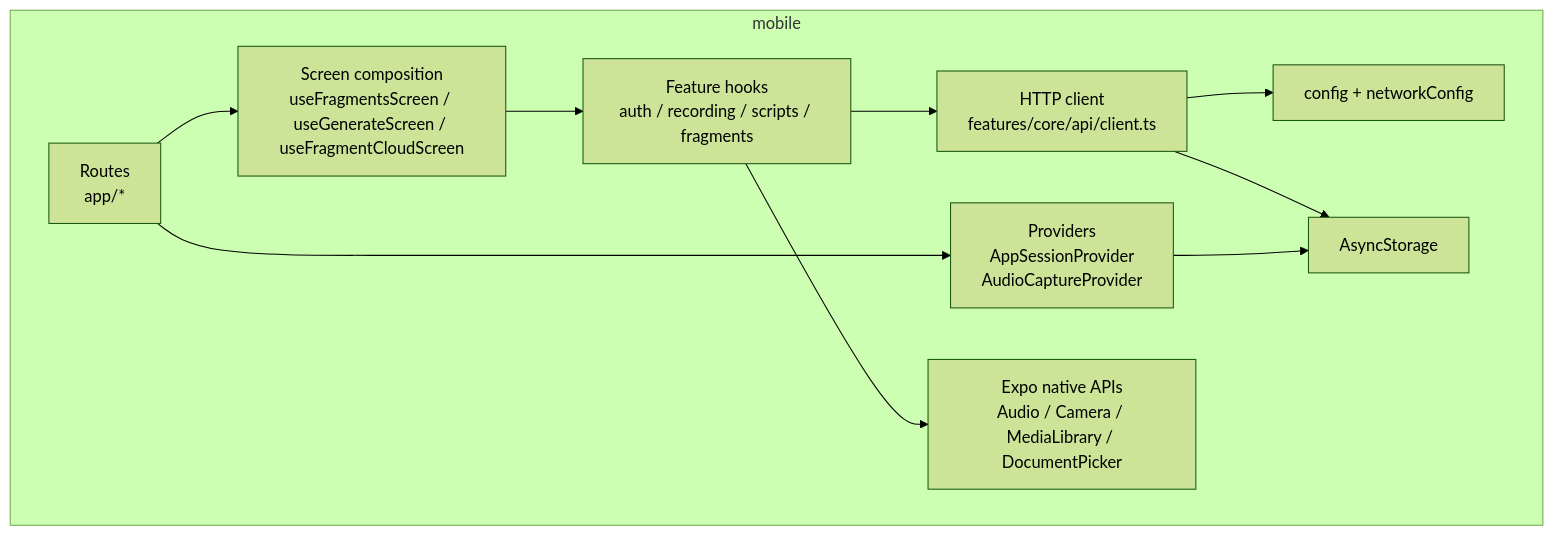
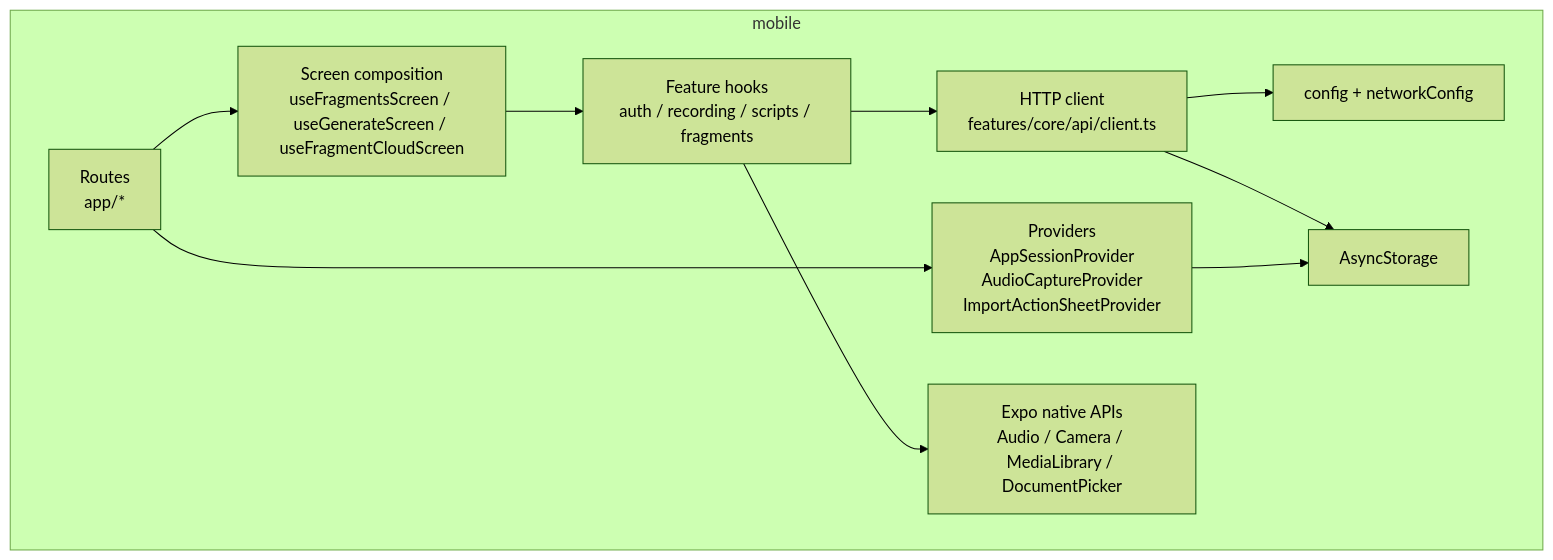
One commit to YCZA2/SparkFlow changed the second of 9 diagrams in memory-bank/architecture.md. Above: the diagram before and after it, drawn with Mermaid (forest theme). The commit also changed other lines of this file and 28 other files, not shown here.

````diff
--- a/memory-bank/architecture.md
+++ b/memory-bank/architecture.md
@@ -71,22 +72,22 @@
 ```mermaid
 flowchart TD
     subgraph Mobile["mobile"]
         R["Routes<br/>app/*"]
-        P["Providers<br/>AppSessionProvider<br/>AudioCaptureProvider"]
+        P["Providers<br/>AppSessionProvider<br/>AudioCaptureProvider<br/>ImportActionSheetProvider"]
         SM["Screen composition<br/>useFragmentsScreen / useGenerateScreen / useFragmentCloudScreen"]
         H["Feature hooks<br/>auth / recording / scripts / fragments"]
         C["HTTP client<br/>features/core/api/client.ts"]
         CFG["config + networkConfig"]
         AS["AsyncStorage"]
         NATIVE["Expo native APIs<br/>Audio / Camera / MediaLibrary / DocumentPicker"]
     end
 
     R --> P
     R --> SM
     SM --> H
     H --> C
     H --> NATIVE
     C --> CFG
     C --> AS
     P --> AS
 ```
````
